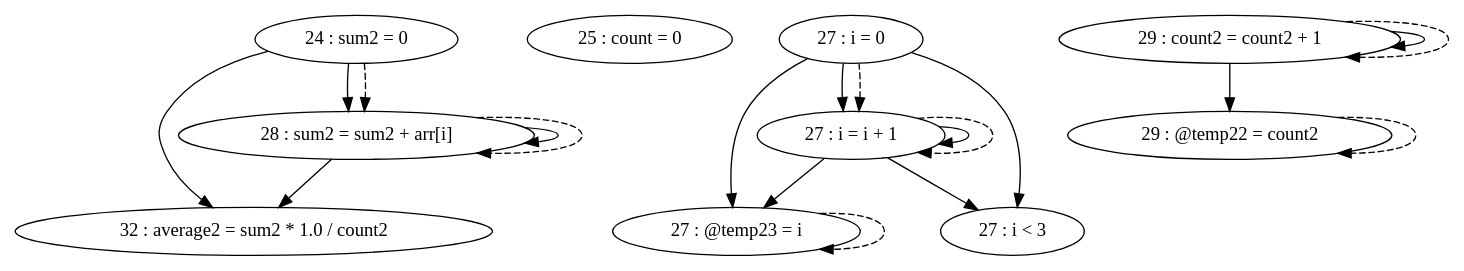
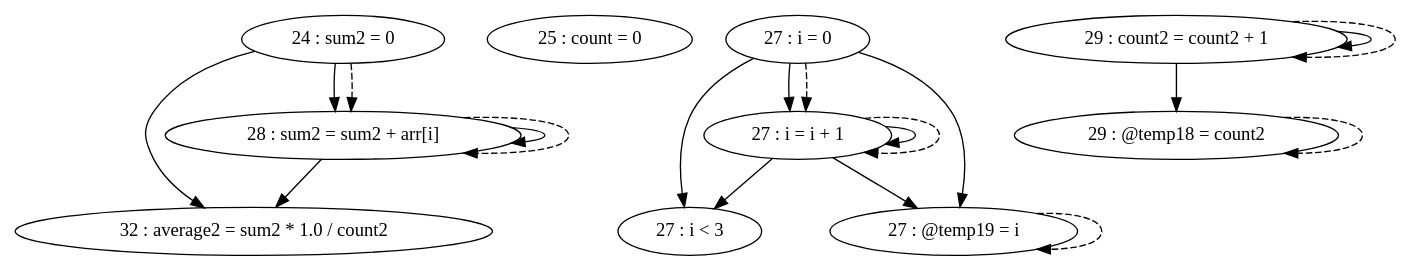
Before and after one commit to thomassimko/thesis-code-duplication: the diagram in pdg/source/testFiles/TestCases/TestCase2/TestCase2-test2.gv, drawn with Graphviz. The commit also changed 27 other files, not shown here.

```diff
--- a/pdg/source/testFiles/TestCases/TestCase2/TestCase2-test2.gv
+++ b/pdg/source/testFiles/TestCases/TestCase2/TestCase2-test2.gv
@@ -1,31 +1,31 @@
 digraph G {
 "24 : sum2 = 0"
 "24 : sum2 = 0" -> "32 : average2 = sum2 * 1.0 / count2"
 "24 : sum2 = 0" -> "28 : sum2 = sum2 + arr[i]"
 "24 : sum2 = 0" -> "28 : sum2 = sum2 + arr[i]" [style=dashed]
 "25 : count = 0"
 "27 : i = 0"
-"27 : i = 0" -> "27 : @temp23 = i"
 "27 : i = 0" -> "27 : i = i + 1"
 "27 : i = 0" -> "27 : i < 3"
+"27 : i = 0" -> "27 : @temp19 = i"
 "27 : i = 0" -> "27 : i = i + 1" [style=dashed]
 "27 : i < 3"
 "28 : sum2 = sum2 + arr[i]"
 "28 : sum2 = sum2 + arr[i]" -> "32 : average2 = sum2 * 1.0 / count2"
 "28 : sum2 = sum2 + arr[i]" -> "28 : sum2 = sum2 + arr[i]"
 "28 : sum2 = sum2 + arr[i]" -> "28 : sum2 = sum2 + arr[i]" [style=dashed]
-"29 : @temp22 = count2"
-"29 : @temp22 = count2" -> "29 : @temp22 = count2" [style=dashed]
+"29 : @temp18 = count2"
+"29 : @temp18 = count2" -> "29 : @temp18 = count2" [style=dashed]
 "29 : count2 = count2 + 1"
-"29 : count2 = count2 + 1" -> "29 : @temp22 = count2"
 "29 : count2 = count2 + 1" -> "29 : count2 = count2 + 1"
+"29 : count2 = count2 + 1" -> "29 : @temp18 = count2"
 "29 : count2 = count2 + 1" -> "29 : count2 = count2 + 1" [style=dashed]
-"27 : @temp23 = i"
-"27 : @temp23 = i" -> "27 : @temp23 = i" [style=dashed]
+"27 : @temp19 = i"
+"27 : @temp19 = i" -> "27 : @temp19 = i" [style=dashed]
 "27 : i = i + 1"
-"27 : i = i + 1" -> "27 : @temp23 = i"
 "27 : i = i + 1" -> "27 : i = i + 1"
 "27 : i = i + 1" -> "27 : i < 3"
+"27 : i = i + 1" -> "27 : @temp19 = i"
 "27 : i = i + 1" -> "27 : i = i + 1" [style=dashed]
 "32 : average2 = sum2 * 1.0 / count2"
 }
```
